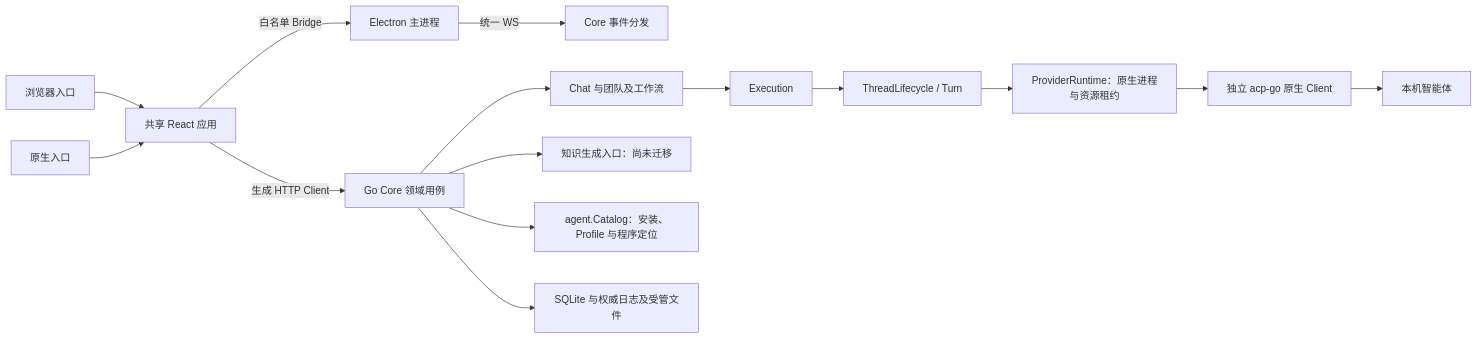
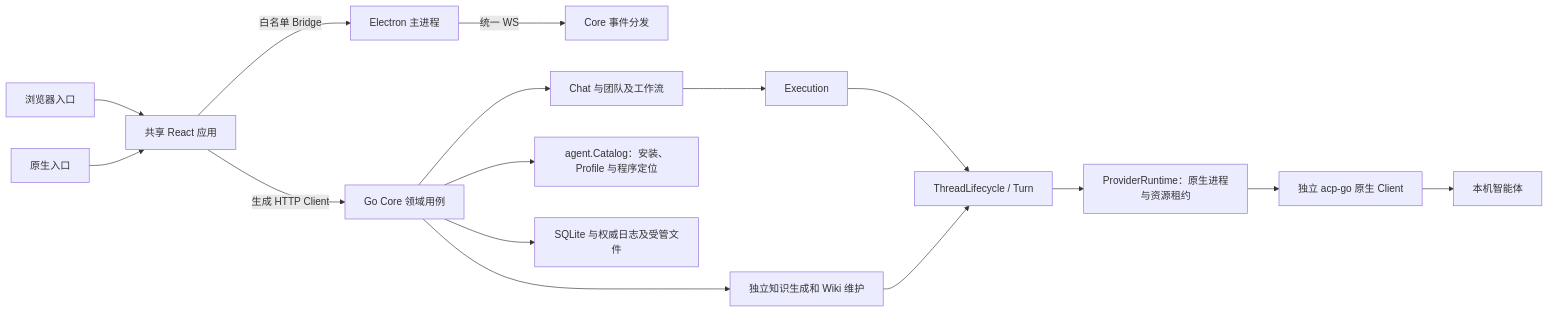
Before and after one commit to JieWaZi/NeuxBot: the diagram in docs/architecture/overview-cn.md, drawn with Mermaid. The commit also changed other lines of this file and 9 other files, not shown here.

````diff
--- a/docs/architecture/overview-cn.md
+++ b/docs/architecture/overview-cn.md
@@ -9,17 +9,18 @@
 ```mermaid
 flowchart LR
   Web[浏览器入口] --> UI[共享 React 应用]
   Native[原生入口] --> UI
   UI -->|生成 HTTP Client| Core[Go Core 领域用例]
   UI -->|白名单 Bridge| Desktop[Electron 主进程]
   Desktop -->|统一 WS| Events[Core 事件分发]
   Core --> Chat[Chat 与团队及工作流]
   Chat --> Execution[Execution]
   Execution --> Thread[ThreadLifecycle / Turn]
   Thread --> Provider[ProviderRuntime：原生进程与资源租约]
   Provider --> ACP[独立 acp-go 原生 Client]
-  Core --> Knowledge[知识生成入口：尚未迁移]
+  Core --> Knowledge[独立知识生成和 Wiki 维护]
+  Knowledge --> Thread
   ACP --> CLI[本机智能体]
   Core --> Catalog[agent.Catalog：安装、Profile 与程序定位]
   Core --> Store[SQLite 与权威日志及受管文件]
 ```
````
